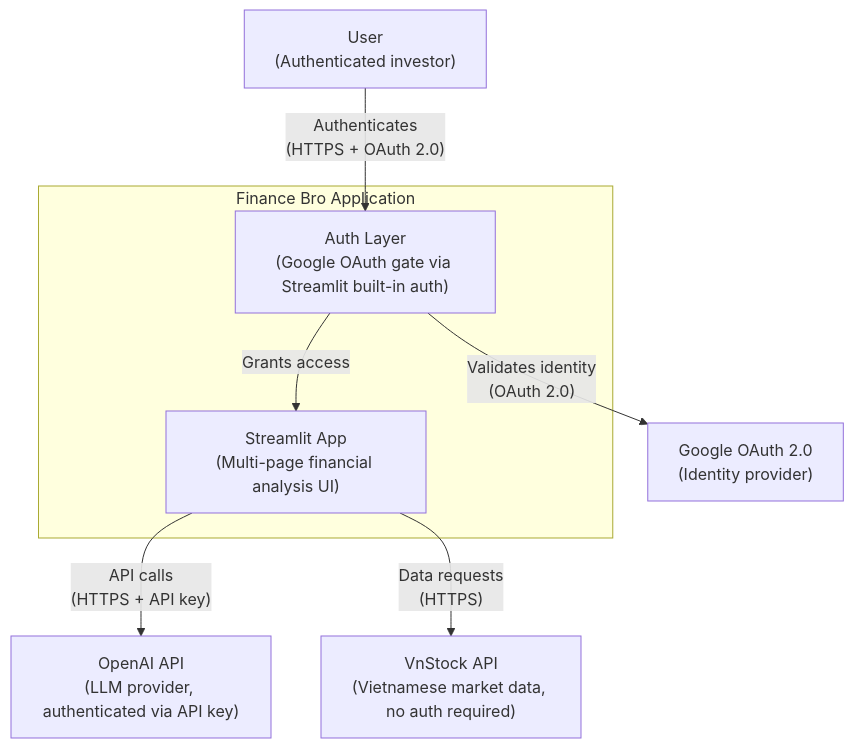
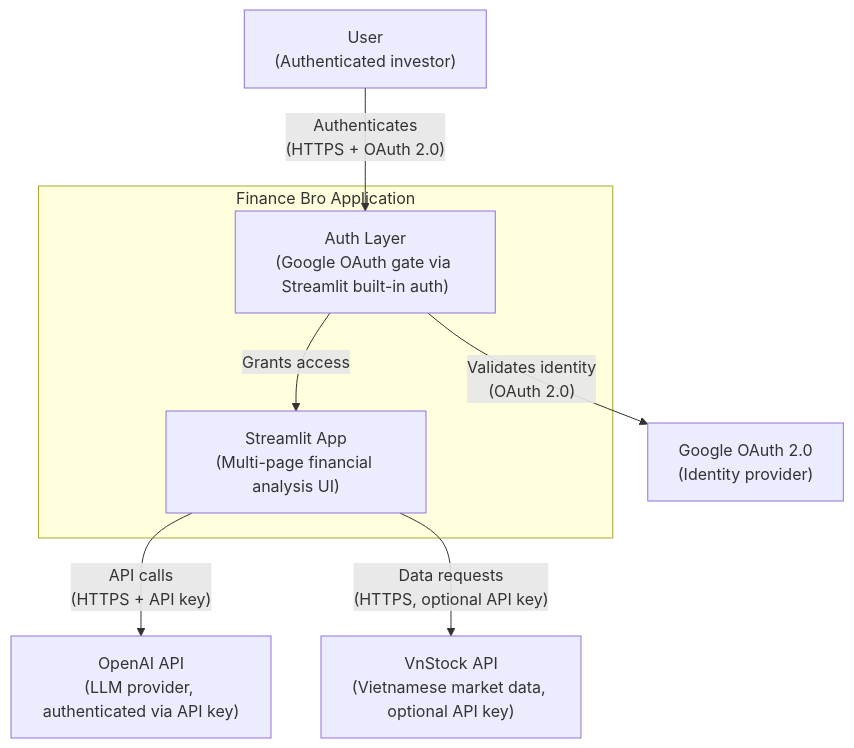
Before and after one commit to gahoccode/finance-bro: the first of 3 diagrams in docs/architecture/06-security-architecture.md, drawn with Mermaid. The commit also changed other lines of this file and 6 other files, not shown here.

First line of the commit message:
feat: add vnstock API key auth and document in security architecture

````diff
--- a/docs/architecture/06-security-architecture.md
+++ b/docs/architecture/06-security-architecture.md
@@ -16,19 +17,19 @@
 ```mermaid
 flowchart TD
     user["User\n(Authenticated investor)"]
 
     subgraph app["Finance Bro Application"]
         auth["Auth Layer\n(Google OAuth gate via Streamlit built-in auth)"]
         webapp["Streamlit App\n(Multi-page financial analysis UI)"]
     end
 
     google["Google OAuth 2.0\n(Identity provider)"]
     openai["OpenAI API\n(LLM provider, authenticated via API key)"]
-    vnstock["VnStock API\n(Vietnamese market data, no auth required)"]
+    vnstock["VnStock API\n(Vietnamese market data, optional API key)"]
 
     user -- "Authenticates\n(HTTPS + OAuth 2.0)" --> auth
     auth -- "Validates identity\n(OAuth 2.0)" --> google
     auth -- "Grants access" --> webapp
     webapp -- "API calls\n(HTTPS + API key)" --> openai
-    webapp -- "Data requests\n(HTTPS)" --> vnstock
+    webapp -- "Data requests\n(HTTPS, optional API key)" --> vnstock
 ```
````
